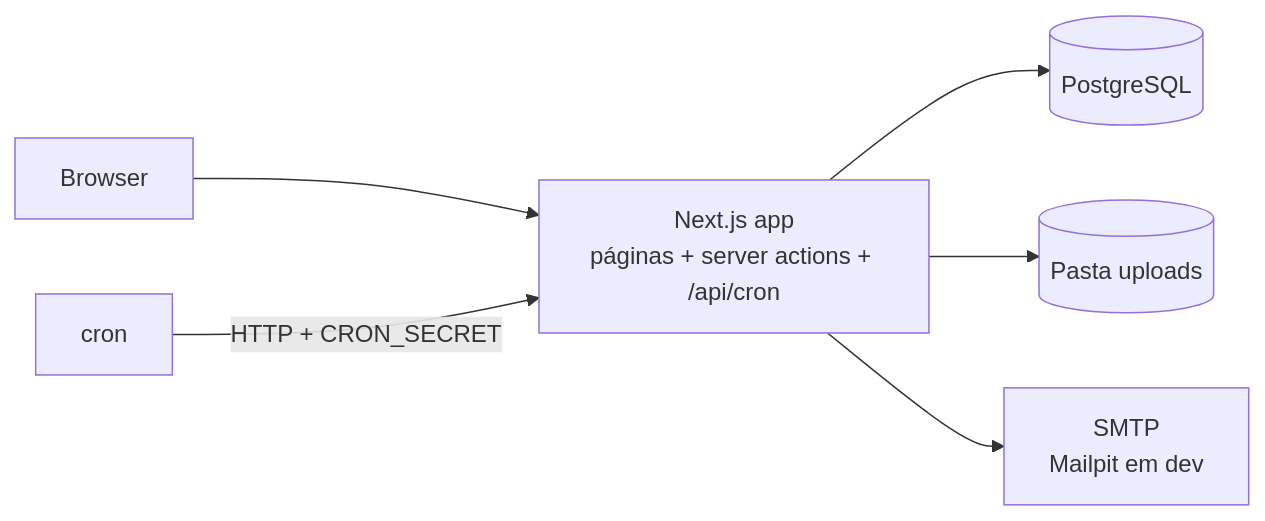
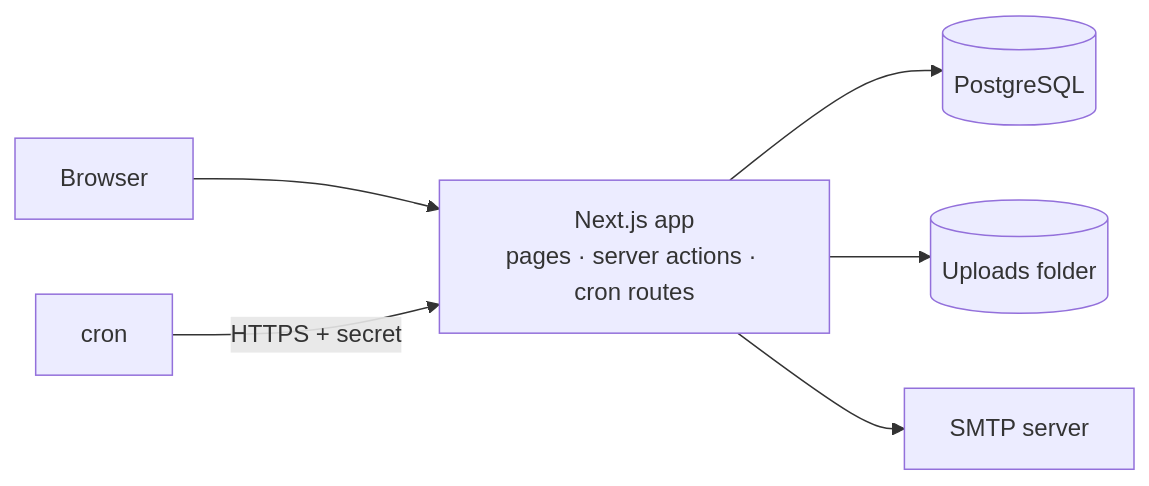
One commit to neptunedev77/miaUM changed the diagram in README.md. Above: the diagram before and after it, drawn with Mermaid. The commit also changed other lines of this file and 1 other file, not shown here.

````diff
--- a/README.md
+++ b/README.md
@@ -41,8 +127,8 @@
 ```mermaid
 flowchart LR
-  U[Browser] --> A[Next.js app<br/>páginas + server actions + /api/cron]
-  A --> DB[(PostgreSQL)]
-  A --> FS[(Pasta uploads)]
-  A --> SMTP[SMTP<br/>Mailpit em dev]
-  C[cron] -->|HTTP + CRON_SECRET| A
+    U[Browser] --> A["Next.js app<br/>pages · server actions · cron routes"]
+    A --> DB[(PostgreSQL)]
+    A --> FS[(Uploads folder)]
+    A --> SMTP[SMTP server]
+    C[cron] -->|HTTPS + secret| A
 ```
````
